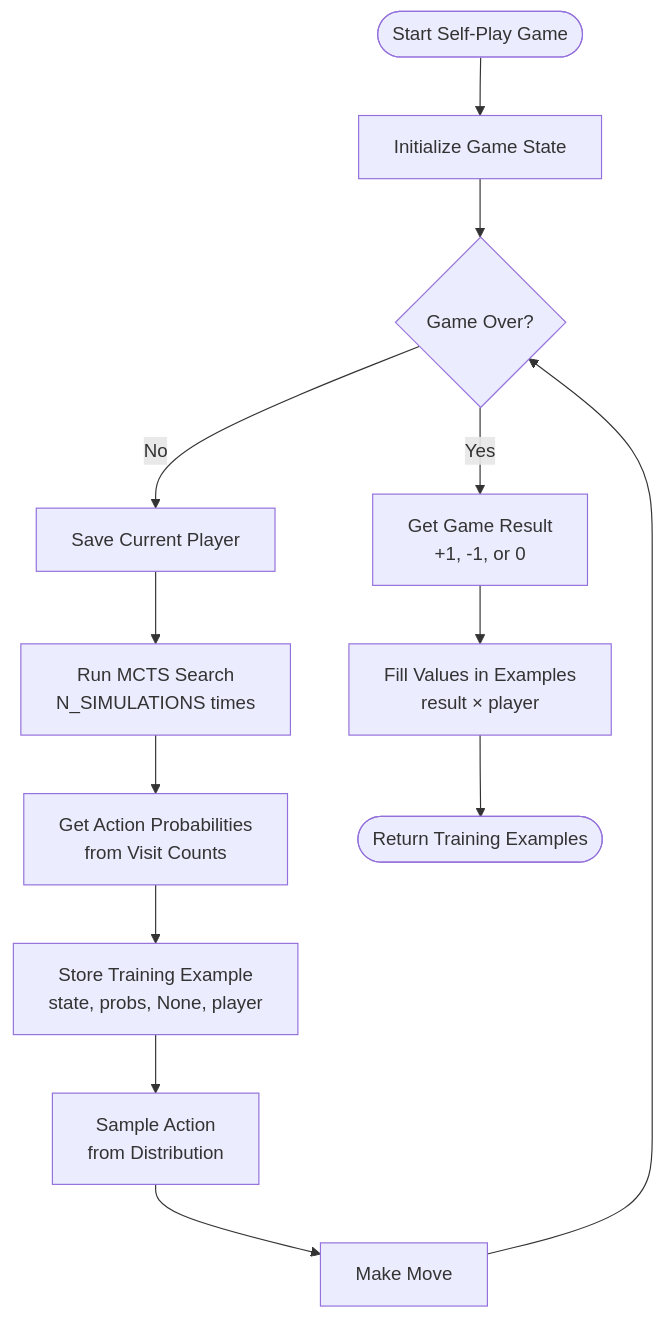
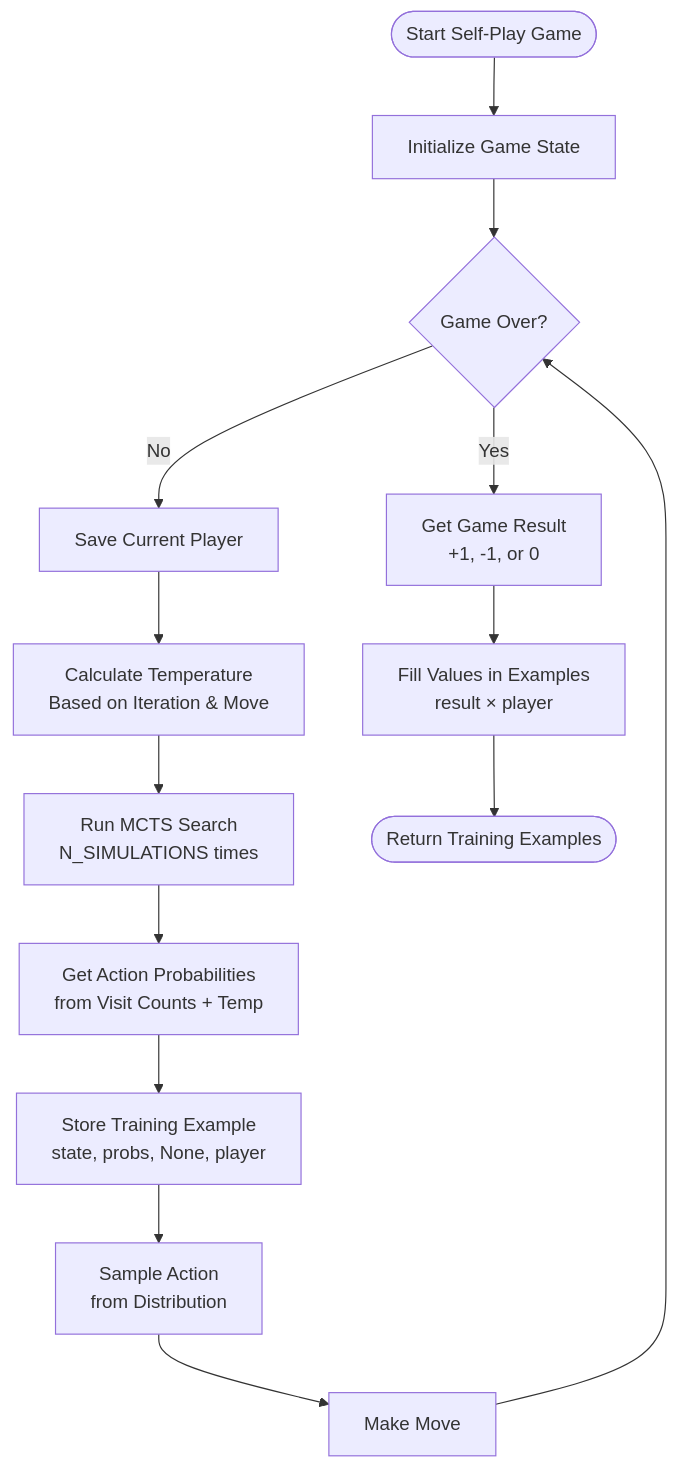
The third of 7 diagrams in TECHNICAL_DOCUMENTATION.md (nottherealsanta/alpha-toe-zero), drawn with Mermaid before and after one commit. The commit also changed other lines of this file and 3 other files, not shown here.

````diff
--- a/TECHNICAL_DOCUMENTATION.md
+++ b/TECHNICAL_DOCUMENTATION.md
@@ -170,19 +182,20 @@
 ```mermaid
 flowchart TD
     StartGame([Start Self-Play Game]) --> InitGame[Initialize Game State]
     InitGame --> GameLoop{Game Over?}
     
     GameLoop -->|No| SavePlayer[Save Current Player]
-    SavePlayer --> RunMCTS[Run MCTS Search<br/>N_SIMULATIONS times]
+    SavePlayer --> CalcTemp[Calculate Temperature<br/>Based on Iteration & Move]
+    CalcTemp --> RunMCTS[Run MCTS Search<br/>N_SIMULATIONS times]
     
-    RunMCTS --> GetProbs[Get Action Probabilities<br/>from Visit Counts]
+    RunMCTS --> GetProbs[Get Action Probabilities<br/>from Visit Counts + Temp]
     GetProbs --> StoreExample[Store Training Example<br/>state, probs, None, player]
     
     StoreExample --> SampleAction[Sample Action<br/>from Distribution]
     SampleAction --> MakeMove[Make Move]
     MakeMove --> GameLoop
     
     GameLoop -->|Yes| GetResult[Get Game Result<br/>+1, -1, or 0]
     GetResult --> FillValues[Fill Values in Examples<br/>result × player]
     FillValues --> ReturnExamples([Return Training Examples])
 ```
````
